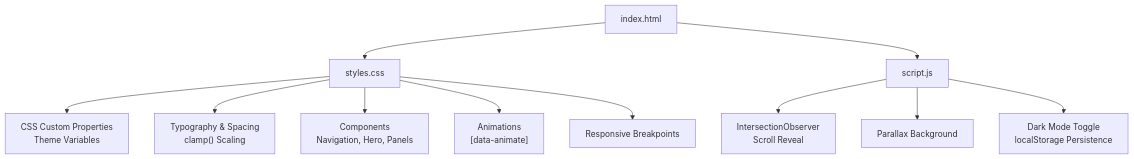
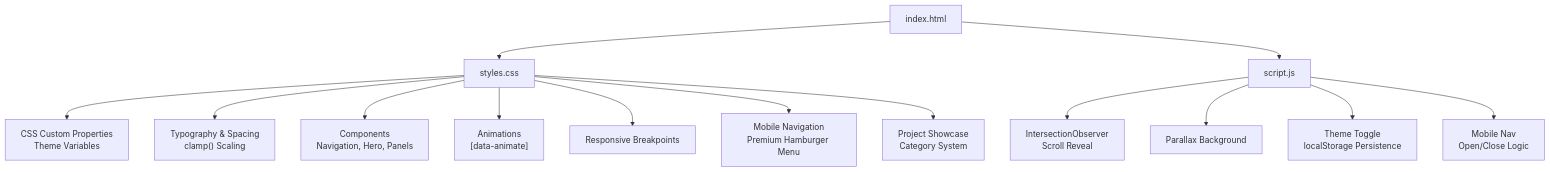
The first of 7 diagrams in .qoder/repowiki/en/content/Styling Architecture.md (zhzhhyzh/yeepeng-website), drawn with Mermaid before and after one commit. The commit also changed other lines of this file and 29 other files, not shown here.

First line of the commit message:
refactor(styling): enhance responsive design and mobile navigation system

````diff
--- a/.qoder/repowiki/en/content/Styling Architecture.md
+++ b/.qoder/repowiki/en/content/Styling Architecture.md
@@ -28,13 +38,16 @@
 ```mermaid
 graph TB
 A["index.html"] --> B["styles.css"]
 A --> C["script.js"]
 B --> D["CSS Custom Properties<br/>Theme Variables"]
 B --> E["Typography & Spacing<br/>clamp() Scaling"]
 B --> F["Components<br/>Navigation, Hero, Panels"]
 B --> G["Animations<br/>[data-animate]"]
 B --> H["Responsive Breakpoints"]
-C --> I["IntersectionObserver<br/>Scroll Reveal"]
-C --> J["Parallax Background"]
-C --> K["Dark Mode Toggle<br/>localStorage Persistence"]
+B --> I["Mobile Navigation<br/>Premium Hamburger Menu"]
+B --> J["Project Showcase<br/>Category System"]
+C --> K["IntersectionObserver<br/>Scroll Reveal"]
+C --> L["Parallax Background"]
+C --> M["Theme Toggle<br/>localStorage Persistence"]
+C --> N["Mobile Nav<br/>Open/Close Logic"]
 ```
````
